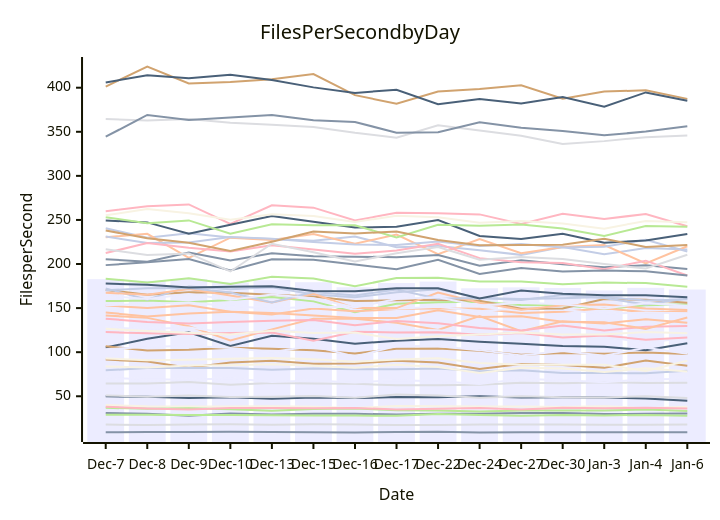
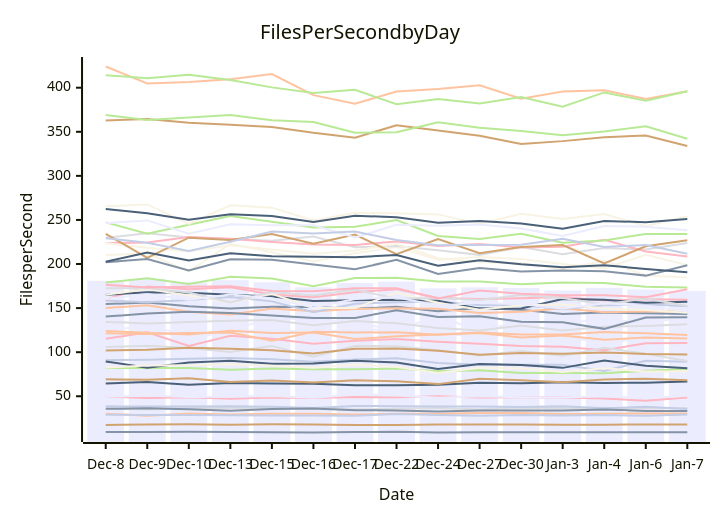
The diagram in perf-report.md (streetsidesoftware/cspell), drawn with Mermaid before and after one commit. The commit also changed other lines of this file and 1 other file, not shown here.

````diff
--- a/perf-report.md
+++ b/perf-report.md
@@ -10,57 +10,57 @@
 ```mermaid
 xychart-beta
     title Files Per Second by Day
     y-axis Files per Second
-    x-axis Date [Dec-7, Dec-8, Dec-9, Dec-10, Dec-13, Dec-15, Dec-16, Dec-17, Dec-22, Dec-24, Dec-27, Dec-30, Jan-3, Jan-4, Jan-6]
-    bar [182.83, 180.95, 182.95, 179.19, 181.65, 179.36, 173.64, 178.43, 180.09, 172.48, 173.54, 172.79, 170.07, 172.98, 171.06]
-    line [9.24, 9.33, 9.47, 9.61, 9.47, 9.27, 8.94, 9.45, 9.78, 8.90, 9.07, 9.12, 9.16, 9.11, 9.12]
-    line [141.72, 138.92, 129.58, 113.42, 125.88, 138.00, 137.98, 133.31, 125.20, 140.89, 123.76, 134.99, 132.64, 137.41, 133.47]
-    line [64.46, 64.51, 66.15, 63.18, 64.91, 64.35, 64.10, 62.51, 62.39, 63.01, 65.26, 64.66, 65.89, 65.11, 65.47]
-    line [157.97, 158.53, 156.72, 159.18, 162.67, 157.64, 145.39, 155.01, 156.77, 157.19, 153.46, 153.21, 148.91, 153.20, 154.41]
-    line [401.19, 424.05, 404.78, 406.35, 409.54, 415.50, 391.53, 381.89, 395.71, 398.52, 402.79, 387.60, 395.60, 397.05, 387.31]
-    line [240.69, 229.87, 234.86, 230.17, 228.31, 226.27, 231.21, 219.13, 220.31, 215.56, 210.39, 219.17, 210.98, 218.13, 216.47]
-    line [137.92, 134.36, 132.66, 134.27, 135.78, 136.38, 130.55, 135.39, 132.89, 127.54, 124.61, 130.19, 124.72, 128.97, 129.63]
-    line [49.98, 49.59, 47.97, 48.84, 47.30, 48.59, 47.94, 49.07, 48.96, 49.98, 48.46, 48.82, 48.74, 47.38, 44.97]
-    line [39.98, 38.54, 38.36, 38.36, 38.81, 38.12, 36.63, 38.97, 38.70, 38.32, 38.26, 37.85, 38.77, 36.54, 38.02]
-    line [71.06, 69.32, 68.69, 70.43, 66.11, 67.91, 65.71, 68.06, 67.11, 63.78, 69.83, 68.15, 65.99, 69.11, 69.77]
-    line [30.89, 30.17, 27.90, 30.55, 29.22, 30.21, 30.10, 29.27, 30.24, 30.04, 30.99, 30.88, 29.79, 30.12, 30.58]
-    line [230.39, 234.25, 206.87, 229.87, 227.19, 234.07, 222.96, 233.49, 211.10, 228.39, 212.27, 219.38, 221.60, 200.66, 220.18]
-    line [17.91, 17.46, 17.89, 18.13, 17.78, 18.13, 17.93, 17.37, 17.53, 18.08, 17.97, 17.93, 17.83, 17.83, 17.89]
-    line [36.91, 35.78, 36.33, 35.41, 33.56, 35.56, 36.21, 34.19, 33.89, 32.69, 33.95, 33.78, 33.96, 34.86, 33.41]
-    line [91.60, 89.44, 82.46, 88.30, 90.18, 86.83, 87.07, 90.37, 88.26, 80.81, 86.47, 85.34, 82.22, 90.61, 84.54]
-    line [231.28, 223.81, 224.38, 230.73, 228.56, 225.00, 222.02, 221.71, 225.51, 220.33, 222.69, 218.79, 219.63, 227.40, 214.16]
-    line [259.75, 265.50, 267.60, 245.47, 266.55, 263.96, 249.42, 258.13, 257.62, 256.30, 245.45, 257.10, 251.12, 256.72, 242.84]
-    line [105.20, 115.20, 122.48, 107.06, 118.54, 115.18, 109.59, 113.00, 115.03, 111.88, 109.68, 107.07, 106.25, 102.14, 110.16]
-    line [92.84, 90.85, 91.43, 92.60, 93.37, 91.85, 89.18, 91.59, 93.06, 87.76, 85.72, 85.81, 85.78, 78.64, 90.27]
-    line [127.97, 126.37, 128.11, 121.50, 122.96, 125.85, 122.14, 126.07, 124.95, 119.60, 119.43, 120.64, 117.82, 110.33, 116.53]
-    line [205.55, 202.50, 213.14, 203.97, 212.22, 208.88, 208.37, 207.77, 210.28, 198.12, 204.40, 199.78, 196.30, 198.61, 194.45]
-    line [152.95, 150.14, 153.13, 145.78, 142.78, 149.53, 146.32, 148.93, 149.89, 149.32, 144.39, 145.93, 149.70, 145.36, 146.19]
-    line [364.48, 362.78, 364.44, 360.18, 358.05, 355.49, 348.84, 343.31, 357.38, 351.53, 345.39, 336.17, 339.40, 343.93, 345.83]
-    line [183.39, 179.18, 183.86, 177.29, 185.44, 183.45, 174.84, 184.02, 184.52, 180.06, 180.25, 176.99, 178.92, 178.38, 174.22]
-    line [106.80, 101.95, 102.69, 105.10, 103.83, 102.19, 98.64, 104.01, 104.04, 101.53, 97.16, 99.08, 98.33, 99.60, 97.96]
-    line [79.45, 81.95, 82.06, 81.96, 79.96, 81.37, 80.53, 80.51, 81.49, 78.49, 79.44, 76.50, 76.34, 76.08, 79.03]
-    line [212.41, 223.76, 218.34, 214.11, 221.23, 216.34, 211.66, 215.40, 222.98, 206.68, 202.06, 201.20, 194.13, 203.79, 186.99]
-    line [249.28, 247.23, 234.36, 244.44, 254.37, 247.88, 241.35, 242.19, 249.98, 231.90, 228.38, 234.40, 224.05, 226.75, 234.01]
-    line [83.80, 82.54, 84.79, 85.17, 86.33, 84.51, 82.32, 85.67, 83.25, 76.44, 82.43, 81.41, 77.52, 81.68, 78.20]
-    line [153.33, 154.58, 156.25, 152.15, 149.54, 151.43, 151.38, 149.35, 151.56, 146.50, 150.10, 148.04, 143.32, 145.06, 144.14]
-    line [198.75, 201.98, 205.78, 192.58, 205.45, 204.82, 199.34, 194.10, 204.78, 188.75, 195.62, 191.45, 192.64, 191.68, 186.85]
-    line [145.14, 140.38, 143.82, 145.78, 144.45, 141.51, 138.80, 138.75, 147.65, 140.01, 140.67, 134.58, 133.84, 126.46, 139.31]
-    line [216.82, 210.15, 212.06, 191.55, 223.01, 213.39, 202.82, 212.32, 219.19, 204.86, 207.97, 205.76, 199.93, 194.96, 210.48]
-    line [253.00, 246.33, 249.46, 234.43, 245.12, 243.88, 243.97, 230.01, 244.43, 243.32, 244.74, 240.28, 231.82, 243.15, 242.35]
-    line [170.66, 165.03, 168.12, 167.40, 165.15, 163.12, 158.04, 158.90, 159.56, 158.26, 149.38, 149.63, 160.44, 159.38, 155.94]
-    line [172.41, 159.51, 174.62, 171.51, 173.65, 165.49, 162.20, 168.07, 171.52, 161.55, 160.38, 161.25, 162.72, 158.59, 160.02]
-    line [122.77, 121.45, 120.76, 121.79, 122.20, 112.97, 123.23, 122.39, 122.57, 119.82, 121.66, 116.64, 119.03, 114.16, 116.74]
-    line [405.98, 414.20, 410.80, 414.80, 408.65, 400.36, 394.11, 397.72, 381.16, 387.10, 382.18, 389.40, 378.43, 394.66, 385.25]
-    line [255.24, 262.31, 257.60, 250.13, 256.58, 254.55, 247.67, 254.88, 252.93, 246.70, 248.73, 245.95, 240.13, 248.92, 247.35]
-    line [103.46, 105.91, 107.21, 104.66, 100.11, 107.13, 94.87, 107.05, 106.83, 102.33, 96.35, 101.39, 95.92, 105.11, 98.16]
-    line [344.39, 369.08, 363.46, 366.29, 369.00, 363.03, 361.09, 348.96, 349.43, 360.81, 354.60, 350.95, 345.98, 350.21, 356.35]
-    line [167.47, 165.08, 171.54, 164.38, 156.51, 166.27, 150.03, 149.99, 167.61, 155.99, 148.15, 153.37, 154.17, 149.42, 147.86]
-    line [50.97, 49.51, 50.73, 49.15, 49.54, 50.29, 48.39, 51.90, 50.84, 48.41, 49.94, 48.88, 48.70, 49.88, 48.16]
-    line [29.09, 29.10, 28.75, 28.65, 28.35, 28.26, 28.09, 27.81, 29.86, 28.77, 27.94, 28.71, 28.29, 28.89, 27.76]
-    line [238.08, 229.24, 224.19, 214.79, 225.36, 236.86, 234.70, 236.77, 227.25, 221.39, 221.64, 222.00, 228.77, 219.30, 221.68]
-    line [170.29, 172.44, 172.82, 167.78, 156.48, 168.20, 164.35, 171.17, 160.66, 161.47, 159.18, 164.75, 161.43, 154.09, 160.97]
-    line [38.11, 36.16, 34.90, 36.59, 36.61, 36.51, 36.62, 35.07, 35.79, 36.55, 35.09, 36.98, 36.38, 37.08, 36.07]
-    line [177.85, 176.41, 173.41, 174.24, 174.74, 169.36, 169.15, 172.44, 172.46, 160.97, 170.04, 166.42, 164.47, 164.70, 162.35]
-    line [126.51, 124.16, 122.14, 120.17, 124.20, 121.82, 122.30, 114.99, 117.98, 119.98, 122.26, 120.11, 120.07, 122.96, 121.36]
-    line [164.08, 160.40, 166.00, 159.37, 165.42, 161.29, 150.68, 160.30, 162.32, 152.82, 156.10, 154.49, 149.59, 155.51, 152.61]
+    x-axis Date [Dec-8, Dec-9, Dec-10, Dec-13, Dec-15, Dec-16, Dec-17, Dec-22, Dec-24, Dec-27, Dec-30, Jan-3, Jan-4, Jan-6, Jan-7]
+    bar [180.95, 182.95, 179.19, 181.65, 179.36, 173.64, 178.43, 180.09, 172.48, 173.54, 172.79, 170.07, 172.98, 171.06, 169.41]
+    line [9.33, 9.47, 9.61, 9.47, 9.27, 8.94, 9.45, 9.78, 8.90, 9.07, 9.12, 9.16, 9.11, 9.12, 9.24]
+    line [30.17, 27.90, 30.55, 29.22, 30.21, 30.10, 29.27, 30.24, 30.04, 30.99, 30.88, 29.79, 30.12, 30.58, 30.57]
+    line [36.16, 34.90, 36.59, 36.61, 36.51, 36.62, 35.07, 35.79, 36.55, 35.09, 36.98, 36.38, 37.08, 36.07, 36.59]
+    line [179.18, 183.86, 177.29, 185.44, 183.45, 174.84, 184.02, 184.52, 180.06, 180.25, 176.99, 178.92, 178.38, 174.22, 173.49]
+    line [17.46, 17.89, 18.13, 17.78, 18.13, 17.93, 17.37, 17.53, 18.08, 17.97, 17.93, 17.83, 17.83, 17.89, 17.87]
+    line [38.54, 38.36, 38.36, 38.81, 38.12, 36.63, 38.97, 38.70, 38.32, 38.26, 37.85, 38.77, 36.54, 38.02, 35.62]
+    line [115.20, 122.48, 107.06, 118.54, 115.18, 109.59, 113.00, 115.03, 111.88, 109.68, 107.07, 106.25, 102.14, 110.16, 110.54]
+    line [64.51, 66.15, 63.18, 64.91, 64.35, 64.10, 62.51, 62.39, 63.01, 65.26, 64.66, 65.89, 65.11, 65.47, 66.63]
+    line [210.15, 212.06, 191.55, 223.01, 213.39, 202.82, 212.32, 219.19, 204.86, 207.97, 205.76, 199.93, 194.96, 210.48, 198.78]
+    line [126.37, 128.11, 121.50, 122.96, 125.85, 122.14, 126.07, 124.95, 119.60, 119.43, 120.64, 117.82, 110.33, 116.53, 120.65]
+    line [154.58, 156.25, 152.15, 149.54, 151.43, 151.38, 149.35, 151.56, 146.50, 150.10, 148.04, 143.32, 145.06, 144.14, 143.40]
+    line [150.14, 153.13, 145.78, 142.78, 149.53, 146.32, 148.93, 149.89, 149.32, 144.39, 145.93, 149.70, 145.36, 146.19, 146.42]
+    line [229.87, 234.86, 230.17, 228.31, 226.27, 231.21, 219.13, 220.31, 215.56, 210.39, 219.17, 210.98, 218.13, 216.47, 223.76]
+    line [81.95, 82.06, 81.96, 79.96, 81.37, 80.53, 80.51, 81.49, 78.49, 79.44, 76.50, 76.34, 76.08, 79.03, 80.79]
+    line [362.78, 364.44, 360.18, 358.05, 355.49, 348.84, 343.31, 357.38, 351.53, 345.39, 336.17, 339.40, 343.93, 345.83, 333.80]
+    line [90.85, 91.43, 92.60, 93.37, 91.85, 89.18, 91.59, 93.06, 87.76, 85.72, 85.81, 85.78, 78.64, 90.27, 89.26]
+    line [223.81, 224.38, 230.73, 228.56, 225.00, 222.02, 221.71, 225.51, 220.33, 222.69, 218.79, 219.63, 227.40, 214.16, 208.46]
+    line [89.44, 82.46, 88.30, 90.18, 86.83, 87.07, 90.37, 88.26, 80.81, 86.47, 85.34, 82.22, 90.61, 84.54, 81.91]
+    line [223.76, 218.34, 214.11, 221.23, 216.34, 211.66, 215.40, 222.98, 206.68, 202.06, 201.20, 194.13, 203.79, 186.99, 184.82]
+    line [138.92, 129.58, 113.42, 125.88, 138.00, 137.98, 133.31, 125.20, 140.89, 123.76, 134.99, 132.64, 137.41, 133.47, 139.69]
+    line [35.78, 36.33, 35.41, 33.56, 35.56, 36.21, 34.19, 33.89, 32.69, 33.95, 33.78, 33.96, 34.86, 33.41, 33.29]
+    line [424.05, 404.78, 406.35, 409.54, 415.50, 391.53, 381.89, 395.71, 398.52, 402.79, 387.60, 395.60, 397.05, 387.31, 395.98]
+    line [134.36, 132.66, 134.27, 135.78, 136.38, 130.55, 135.39, 132.89, 127.54, 124.61, 130.19, 124.72, 128.97, 129.63, 131.55]
+    line [247.23, 234.36, 244.44, 254.37, 247.88, 241.35, 242.19, 249.98, 231.90, 228.38, 234.40, 224.05, 226.75, 234.01, 234.12]
+    line [234.25, 206.87, 229.87, 227.19, 234.07, 222.96, 233.49, 211.10, 228.39, 212.27, 219.38, 221.60, 200.66, 220.18, 227.07]
+    line [158.53, 156.72, 159.18, 162.67, 157.64, 145.39, 155.01, 156.77, 157.19, 153.46, 153.21, 148.91, 153.20, 154.41, 152.06]
+    line [159.51, 174.62, 171.51, 173.65, 165.49, 162.20, 168.07, 171.52, 161.55, 160.38, 161.25, 162.72, 158.59, 160.02, 159.56]
+    line [165.03, 168.12, 167.40, 165.15, 163.12, 158.04, 158.90, 159.56, 158.26, 149.38, 149.63, 160.44, 159.38, 155.94, 157.33]
+    line [265.50, 267.60, 245.47, 266.55, 263.96, 249.42, 258.13, 257.62, 256.30, 245.45, 257.10, 251.12, 256.72, 242.84, 254.26]
+    line [246.33, 249.46, 234.43, 245.12, 243.88, 243.97, 230.01, 244.43, 243.32, 244.74, 240.28, 231.82, 243.15, 242.35, 238.21]
+    line [201.98, 205.78, 192.58, 205.45, 204.82, 199.34, 194.10, 204.78, 188.75, 195.62, 191.45, 192.64, 191.68, 186.85, 198.57]
+    line [121.45, 120.76, 121.79, 122.20, 112.97, 123.23, 122.39, 122.57, 119.82, 121.66, 116.64, 119.03, 114.16, 116.74, 115.44]
+    line [105.91, 107.21, 104.66, 100.11, 107.13, 94.87, 107.05, 106.83, 102.33, 96.35, 101.39, 95.92, 105.11, 98.16, 89.91]
+    line [414.20, 410.80, 414.80, 408.65, 400.36, 394.11, 397.72, 381.16, 387.10, 382.18, 389.40, 378.43, 394.66, 385.25, 396.01]
+    line [101.95, 102.69, 105.10, 103.83, 102.19, 98.64, 104.01, 104.04, 101.53, 97.16, 99.08, 98.33, 99.60, 97.96, 97.48]
+    line [29.10, 28.75, 28.65, 28.35, 28.26, 28.09, 27.81, 29.86, 28.77, 27.94, 28.71, 28.29, 28.89, 27.76, 29.36]
+    line [49.59, 47.97, 48.84, 47.30, 48.59, 47.94, 49.07, 48.96, 49.98, 48.46, 48.82, 48.74, 47.38, 44.97, 48.48]
+    line [262.31, 257.60, 250.13, 256.58, 254.55, 247.67, 254.88, 252.93, 246.70, 248.73, 245.95, 240.13, 248.92, 247.35, 251.03]
+    line [165.08, 171.54, 164.38, 156.51, 166.27, 150.03, 149.99, 167.61, 155.99, 148.15, 153.37, 154.17, 149.42, 147.86, 144.77]
+    line [49.51, 50.73, 49.15, 49.54, 50.29, 48.39, 51.90, 50.84, 48.41, 49.94, 48.88, 48.70, 49.88, 48.16, 50.45]
+    line [140.38, 143.82, 145.78, 144.45, 141.51, 138.80, 138.75, 147.65, 140.01, 140.67, 134.58, 133.84, 126.46, 139.31, 139.70]
+    line [124.16, 122.14, 120.17, 124.20, 121.82, 122.30, 114.99, 117.98, 119.98, 122.26, 120.11, 120.07, 122.96, 121.36, 119.38]
+    line [172.44, 172.82, 167.78, 156.48, 168.20, 164.35, 171.17, 160.66, 161.47, 159.18, 164.75, 161.43, 154.09, 160.97, 152.39]
+    line [369.08, 363.46, 366.29, 369.00, 363.03, 361.09, 348.96, 349.43, 360.81, 354.60, 350.95, 345.98, 350.21, 356.35, 342.03]
+    line [69.32, 68.69, 70.43, 66.11, 67.91, 65.71, 68.06, 67.11, 63.78, 69.83, 68.15, 65.99, 69.11, 69.77, 68.06]
+    line [229.24, 224.19, 214.79, 225.36, 236.86, 234.70, 236.77, 227.25, 221.39, 221.64, 222.00, 228.77, 219.30, 221.68, 211.59]
+    line [176.41, 173.41, 174.24, 174.74, 169.36, 169.15, 172.44, 172.46, 160.97, 170.04, 166.42, 164.47, 164.70, 162.35, 171.33]
+    line [202.50, 213.14, 203.97, 212.22, 208.88, 208.37, 207.77, 210.28, 198.12, 204.40, 199.78, 196.30, 198.61, 194.45, 190.76]
+    line [82.54, 84.79, 85.17, 86.33, 84.51, 82.32, 85.67, 83.25, 76.44, 82.43, 81.41, 77.52, 81.68, 78.20, 78.38]
+    line [160.40, 166.00, 159.37, 165.42, 161.29, 150.68, 160.30, 162.32, 152.82, 156.10, 154.49, 149.59, 155.51, 152.61, 146.50]
 ```
````
